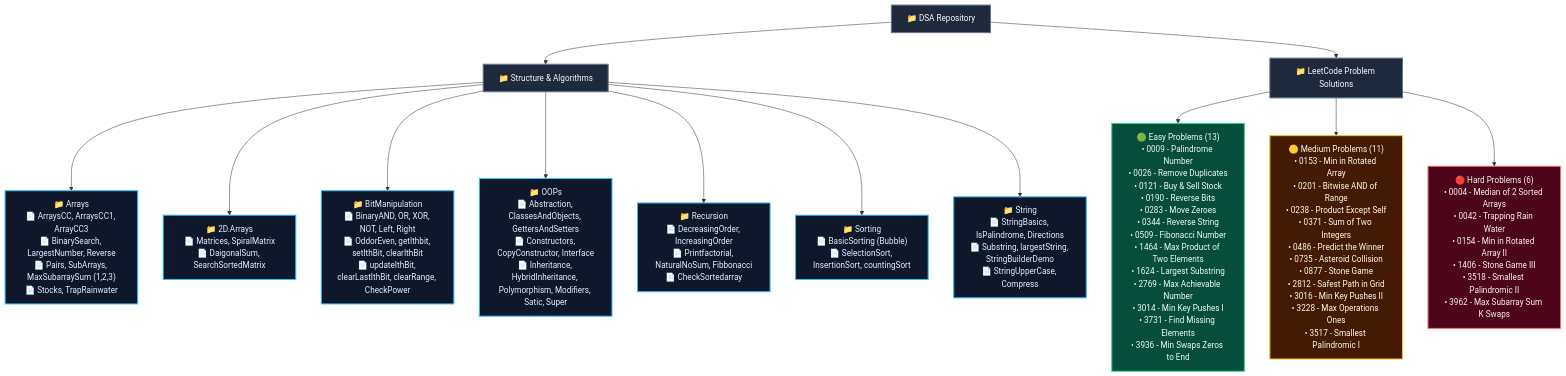
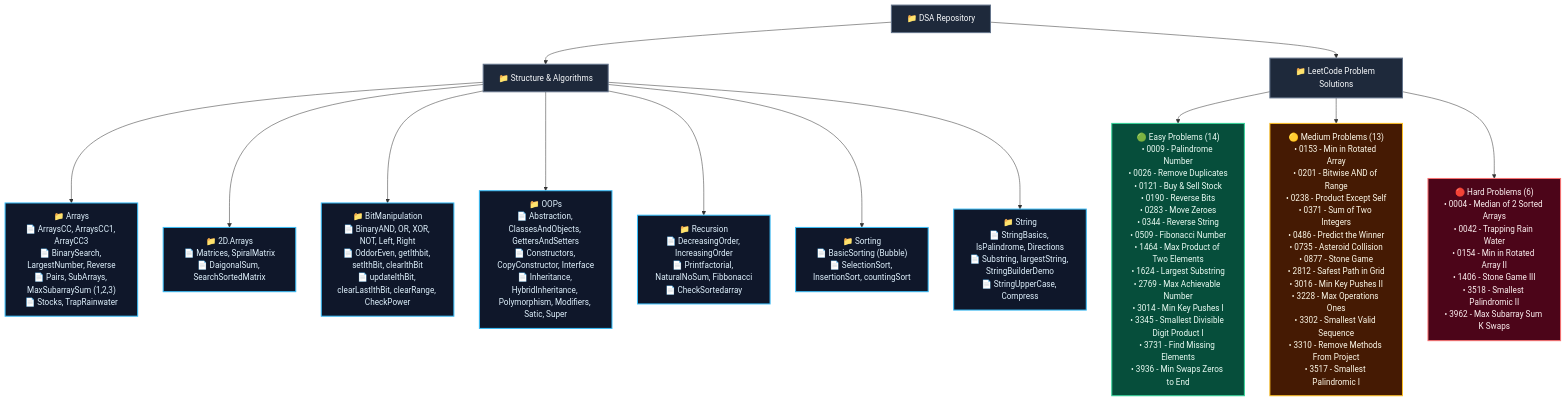
Before and after one commit to raghuvanshi-sec/DSA: the diagram in README.md, drawn with Mermaid. The commit also changed other lines of this file and 7 other files, not shown here.

````diff
--- a/README.md
+++ b/README.md
@@ -181,35 +181,35 @@
 ```mermaid
 flowchart TD
     DSA["📁 DSA Repository"]
     
     %% Categories
     DSA --> Core["📁 Structure & Algorithms"]
     DSA --> LC["📁 LeetCode Problem Solutions"]
     
     %% DSA Breakdown
     Core --> Arrays["📁 Arrays<br/>📄 ArraysCC, ArraysCC1, ArrayCC3<br/>📄 BinarySearch, LargestNumber, Reverse<br/>📄 Pairs, SubArrays, MaxSubarraySum (1,2,3)<br/>📄 Stocks, TrapRainwater"]
     Core --> 2DArrays["📁 2D.Arrays<br/>📄 Matrices, SpiralMatrix<br/>📄 DaigonalSum, SearchSortedMatrix"]
     Core --> Bitwise["📁 BitManipulation<br/>📄 BinaryAND, OR, XOR, NOT, Left, Right<br/>📄 OddorEven, getIthbit, setIthBit, clearIthBit<br/>📄 updateIthBit, clearLastIthBit, clearRange, CheckPower"]
     Core --> OOPs["📁 OOPs<br/>📄 Abstraction, ClassesAndObjects, GettersAndSetters<br/>📄 Constructors, CopyConstructor, Interface<br/>📄 Inheritance, HybridInheritance, Polymorphism, Modifiers, Satic, Super"]
     Core --> Recursion["📁 Recursion<br/>📄 DecreasingOrder, IncreasingOrder<br/>📄 Printfactorial, NaturalNoSum, Fibbonacci<br/>📄 CheckSortedarray"]
     Core --> Sorting["📁 Sorting<br/>📄 BasicSorting (Bubble)<br/>📄 SelectionSort, InsertionSort, countingSort"]
     Core --> String["📁 String<br/>📄 StringBasics, IsPalindrome, Directions<br/>📄 Substring, largestString, StringBuilderDemo<br/>📄 StringUpperCase, Compress"]
     
     %% LeetCode Breakdown
-    LC --> Easy["🟢 Easy Problems (13)<br/>• 0009 - Palindrome Number<br/>• 0026 - Remove Duplicates<br/>• 0121 - Buy & Sell Stock<br/>• 0190 - Reverse Bits<br/>• 0283 - Move Zeroes<br/>• 0344 - Reverse String<br/>• 0509 - Fibonacci Number<br/>• 1464 - Max Product of Two Elements<br/>• 1624 - Largest Substring<br/>• 2769 - Max Achievable Number<br/>• 3014 - Min Key Pushes I<br/>• 3731 - Find Missing Elements<br/>• 3936 - Min Swaps Zeros to End"]
-    LC --> Medium["🟡 Medium Problems (11)<br/>• 0153 - Min in Rotated Array<br/>• 0201 - Bitwise AND of Range<br/>• 0238 - Product Except Self<br/>• 0371 - Sum of Two Integers<br/>• 0486 - Predict the Winner<br/>• 0735 - Asteroid Collision<br/>• 0877 - Stone Game<br/>• 2812 - Safest Path in Grid<br/>• 3016 - Min Key Pushes II<br/>• 3228 - Max Operations Ones<br/>• 3517 - Smallest Palindromic I"]
+    LC --> Easy["🟢 Easy Problems (14)<br/>• 0009 - Palindrome Number<br/>• 0026 - Remove Duplicates<br/>• 0121 - Buy & Sell Stock<br/>• 0190 - Reverse Bits<br/>• 0283 - Move Zeroes<br/>• 0344 - Reverse String<br/>• 0509 - Fibonacci Number<br/>• 1464 - Max Product of Two Elements<br/>• 1624 - Largest Substring<br/>• 2769 - Max Achievable Number<br/>• 3014 - Min Key Pushes I<br/>• 3345 - Smallest Divisible Digit Product I<br/>• 3731 - Find Missing Elements<br/>• 3936 - Min Swaps Zeros to End"]
+    LC --> Medium["🟡 Medium Problems (13)<br/>• 0153 - Min in Rotated Array<br/>• 0201 - Bitwise AND of Range<br/>• 0238 - Product Except Self<br/>• 0371 - Sum of Two Integers<br/>• 0486 - Predict the Winner<br/>• 0735 - Asteroid Collision<br/>• 0877 - Stone Game<br/>• 2812 - Safest Path in Grid<br/>• 3016 - Min Key Pushes II<br/>• 3228 - Max Operations Ones<br/>• 3302 - Smallest Valid Sequence<br/>• 3310 - Remove Methods From Project<br/>• 3517 - Smallest Palindromic I"]
     LC --> Hard["🔴 Hard Problems (6)<br/>• 0004 - Median of 2 Sorted Arrays<br/>• 0042 - Trapping Rain Water<br/>• 0154 - Min in Rotated Array II<br/>• 1406 - Stone Game III<br/>• 3518 - Smallest Palindromic II<br/>• 3962 - Max Subarray Sum K Swaps"]
 
     %% Styling
     classDef main fill:#1e293b,stroke:#64748b,stroke-width:2px,color:#f8fafc;
     classDef folder fill:#0f172a,stroke:#38bdf8,stroke-width:2px,color:#e0f2fe;
     classDef easy fill:#064e3b,stroke:#34d399,stroke-width:2px,color:#ecfdf5;
     classDef medium fill:#451a03,stroke:#fbbf24,stroke-width:2px,color:#fffbeb;
     classDef hard fill:#4c0519,stroke:#f87171,stroke-width:2px,color:#fef2f2;
     
     class DSA,Core,LC main;
     class Arrays,2DArrays,Bitwise,OOPs,Recursion,Sorting,String folder;
     class Easy easy;
     class Medium medium;
     class Hard hard;
 ```
````
